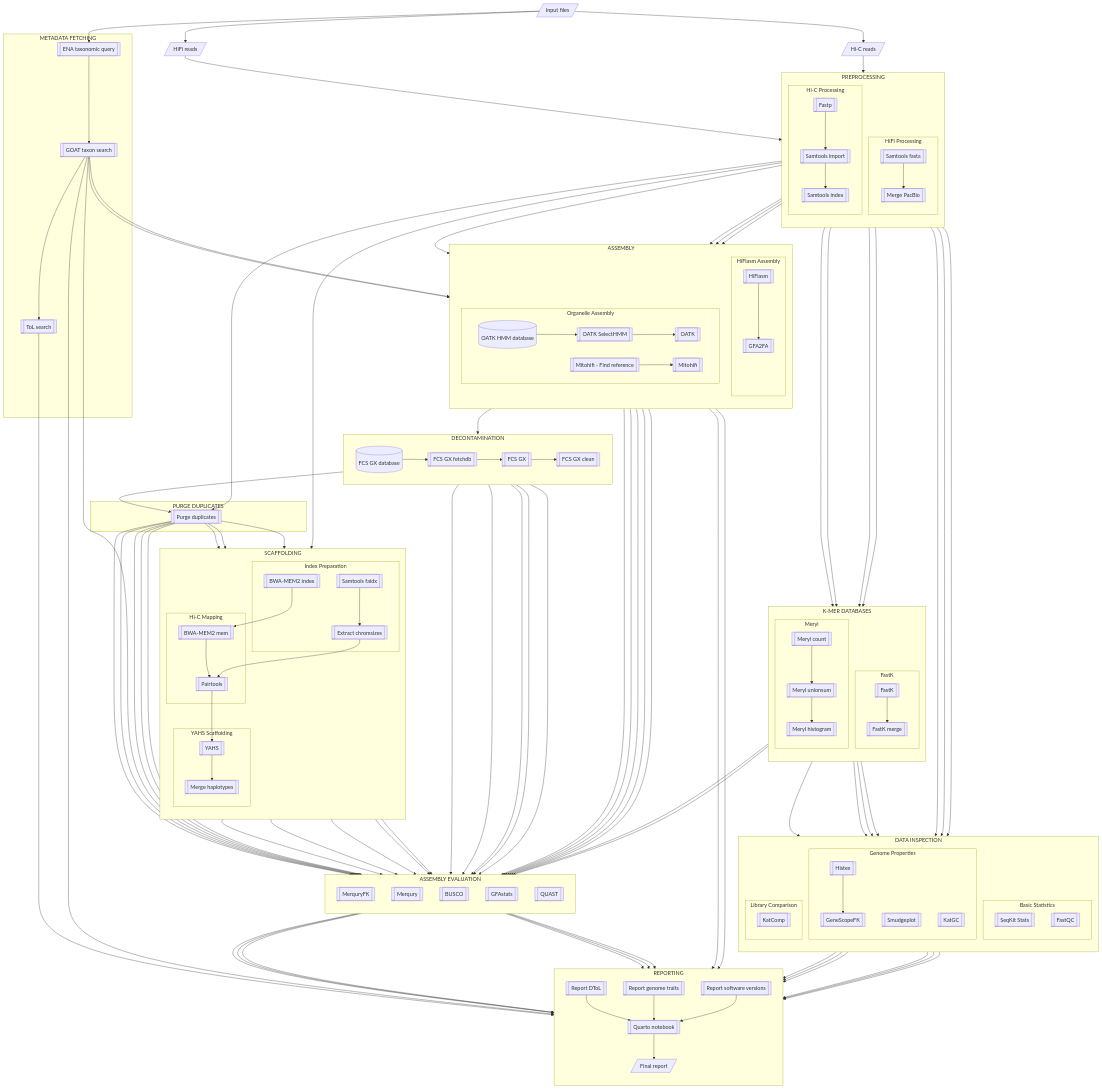
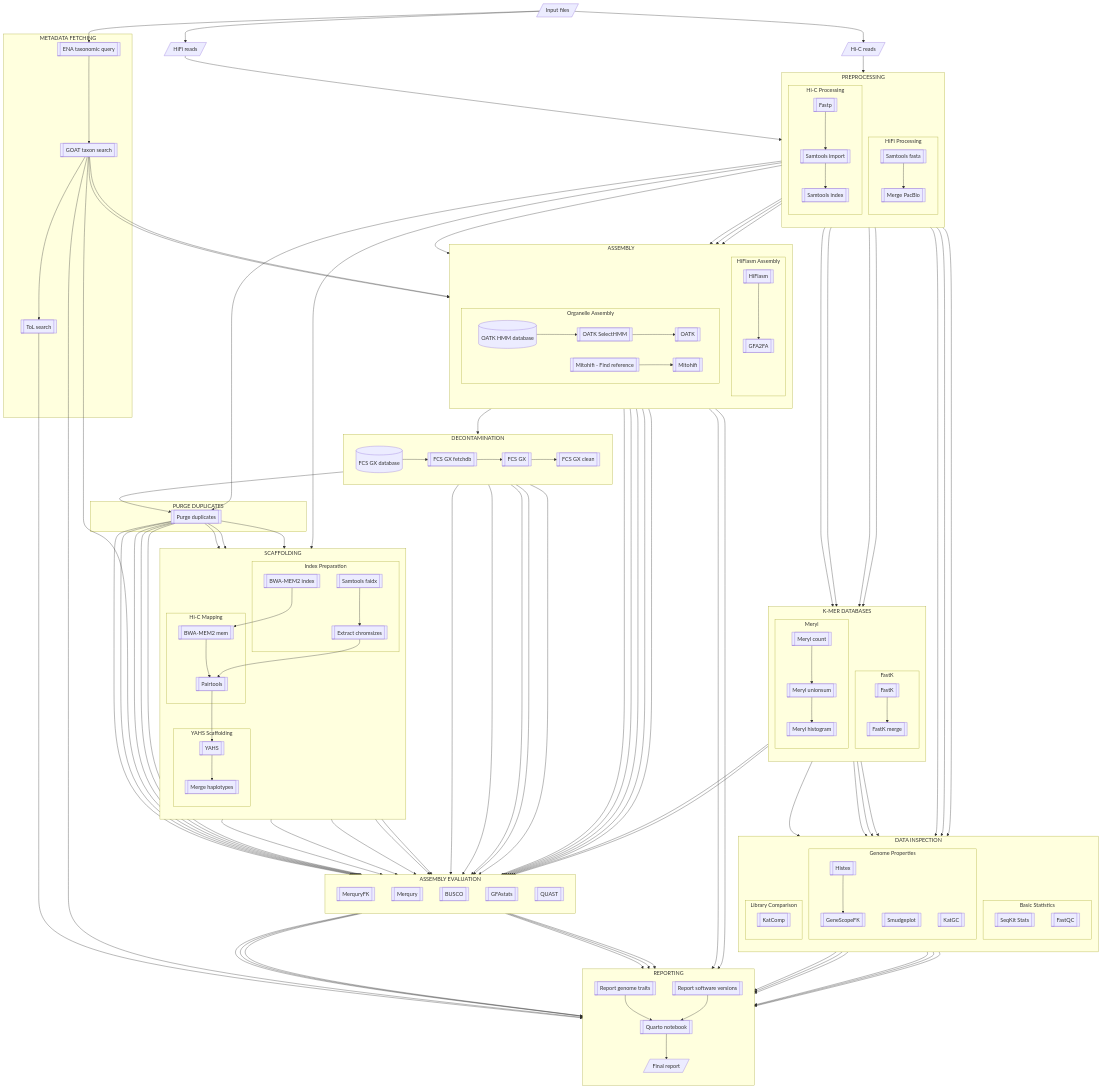
One commit to NBISweden/Earth-Biogenome-Project-pilot changed the second of 2 diagrams in README.md. Above: the diagram before and after it, drawn with Mermaid. The commit also changed other lines of this file and 72 other files, not shown here.

```diff
--- a/README.md
+++ b/README.md
@@ -220,21 +220,20 @@
     fcsgx_clean --> quast
     purgedups --> quast
     yahs --> quast
+    %% Each stage runs its own evaluation (pipelines/assembly_qc). QUAST compares the assemblies of all stages (pipelines/compare_stages)
 
     subgraph report[" REPORTING "]
         direction TB
-        report_dtol[[ Report DToL ]]
         report_genometraits[[ Report genome traits ]]
         report_versions[[ Report software versions ]]
         quarto[[ Quarto notebook ]]
         output[/ Final report /]
-        report_dtol --> quarto
         report_genometraits --> quarto
         report_versions --> quarto
         quarto --> output
     end
 
-    tol_search --> report_dtol
+    tol_search --> quarto
     goat --> report_genometraits
     busco --> report_versions
     genescopefk --> quarto
```
